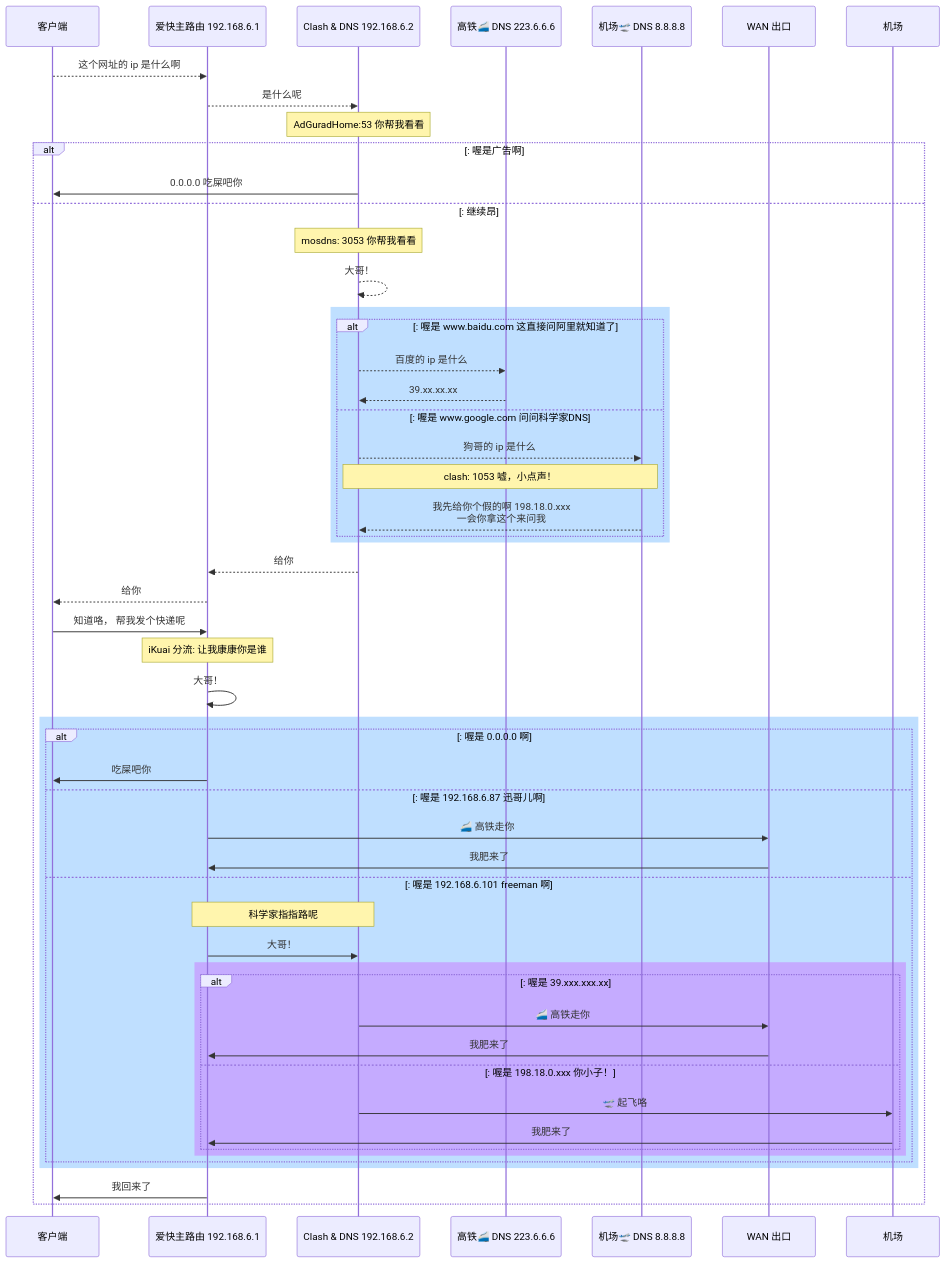
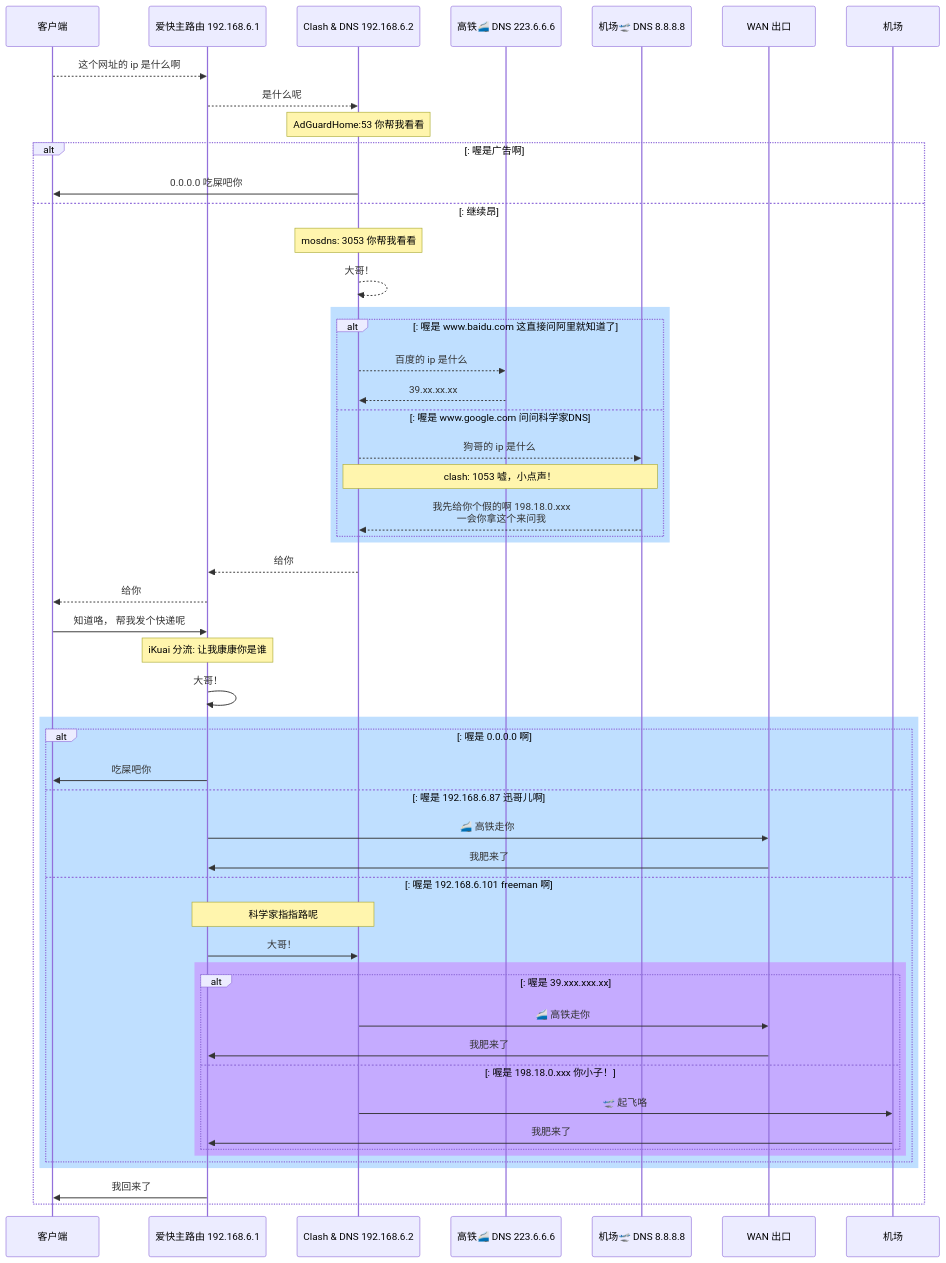
Before and after one commit to charlzyx/boom: the second of 2 diagrams in 0x02basenet.md, drawn with Mermaid. The commit also changed other lines of this file and 7 other files, not shown here.

````diff
--- a/0x02basenet.md
+++ b/0x02basenet.md
@@ -87,56 +87,56 @@
 ```mermaid
 sequenceDiagram
   participant A as 客户端
   participant B as 爱快主路由 192.168.6.1
   participant C as Clash & DNS 192.168.6.2
   participant F1 as 高铁🚄 DNS 223.6.6.6
   participant F2 as 机场🛫 DNS 8.8.8.8
   participant E as WAN 出口
   participant D as 机场
   A -->> B: 这个网址的 ip 是什么啊
   B -->> C: 是什么呢
-  Note over C,C: AdGuradHome:53 你帮我看看
+  Note over C,C: AdGuardHome:53 你帮我看看
   alt: 喔是广告啊
     C ->> A: 0.0.0.0 吃屎吧你
   else: 继续昂
   Note over C,C: mosdns: 3053 你帮我看看
   C -->> C: 大哥！
   rect rgb(191, 223, 255)
     alt: 喔是 www.baidu.com 这直接问阿里就知道了
         C -->> F1: 百度的 ip 是什么
         F1 -->> C: 39.xx.xx.xx
     else: 喔是 www.google.com 问问科学家DNS
         C -->> F2: 狗哥的 ip 是什么
         Note over F2,C: clash: 1053 嘘，小点声！
         F2 -->> C:  我先给你个假的啊 198.18.0.xxx <br/> 一会你拿这个来问我
     end
   end
   C -->> B: 给你
   B -->> A: 给你
   A ->> B: 知道咯， 帮我发个快递呢
   Note over B,B: iKuai 分流: 让我康康你是谁
   B ->> B: 大哥！
   rect rgb(191, 223, 255)
     alt: 喔是 0.0.0.0 啊
         B ->> A: 吃屎吧你
     else: 喔是 192.168.6.87 迅哥儿啊
         B ->> E: 🚄 高铁走你
         E ->> B: 我肥来了
     else: 喔是 192.168.6.101 freeman 啊
         Note over B,C: 科学家指指路呢
         B ->> C: 大哥！
         rect rgb(200, 150, 255, .7)
           alt: 喔是 39.xxx.xxx.xx
             C ->> E: 🚄 高铁走你
             E ->> B:  我肥来了
           else: 喔是 198.18.0.xxx 你小子！
             C ->> D: 🛫 起飞咯
             D ->> B: 我肥来了
           end
         end
     end
   end
   B ->> A: 我回来了
   end
 
 ```
````
